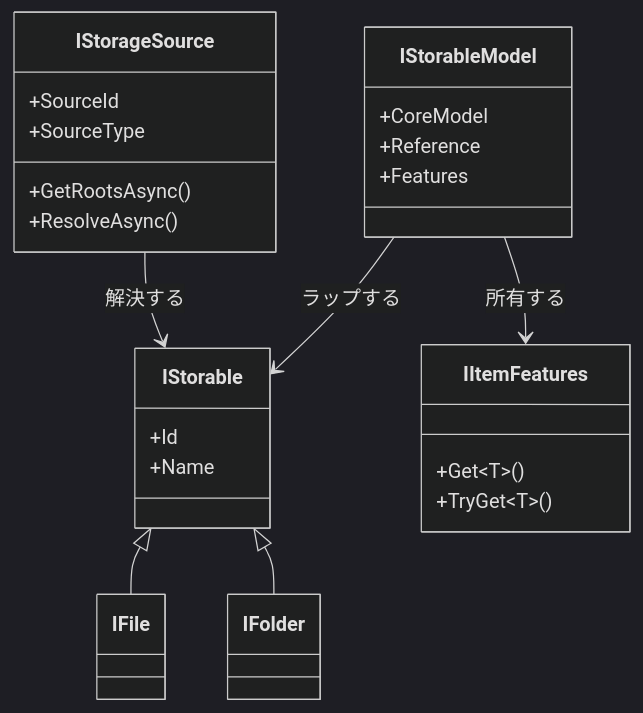
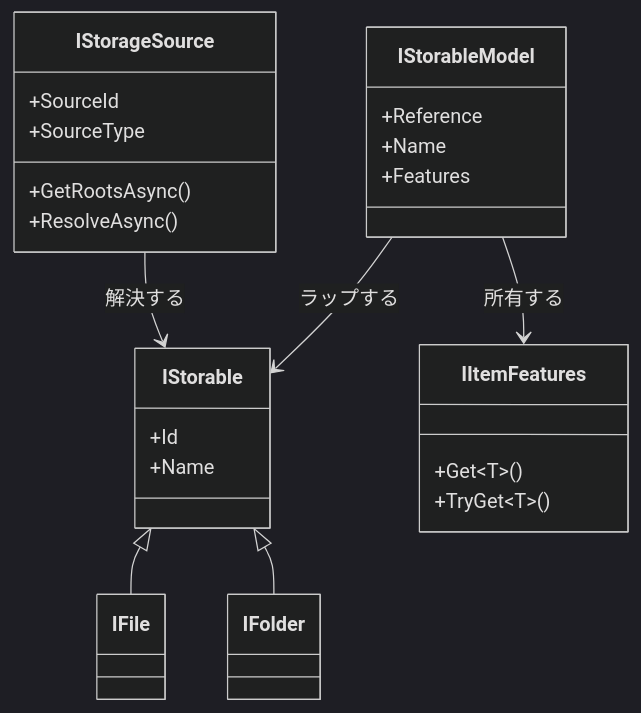
The first of 3 diagrams in docs/storage-models.md (0x5bfa/ReFiles), drawn with Mermaid (dark theme) before and after one commit. The commit also changed other lines of this file and 93 other files, not shown here.

Commit message:
Rearchitect application state management

````diff
--- a/docs/storage-models.md
+++ b/docs/storage-models.md
@@ -26,30 +28,30 @@
 ```mermaid
 classDiagram
     class IStorageSource {
         +SourceId
         +SourceType
         +GetRootsAsync()
         +ResolveAsync()
     }
     class IStorable {
         +Id
         +Name
     }
     class IFile
     class IFolder
     class IStorableModel {
-        +CoreModel
         +Reference
+        +Name
         +Features
     }
     class IItemFeatures {
         +Get~T~()
         +TryGet~T~()
     }
 
     IStorable <|-- IFile
     IStorable <|-- IFolder
     IStorageSource --> IStorable : 解決する
     IStorableModel --> IStorable : ラップする
     IStorableModel --> IItemFeatures : 所有する
 ```
````
